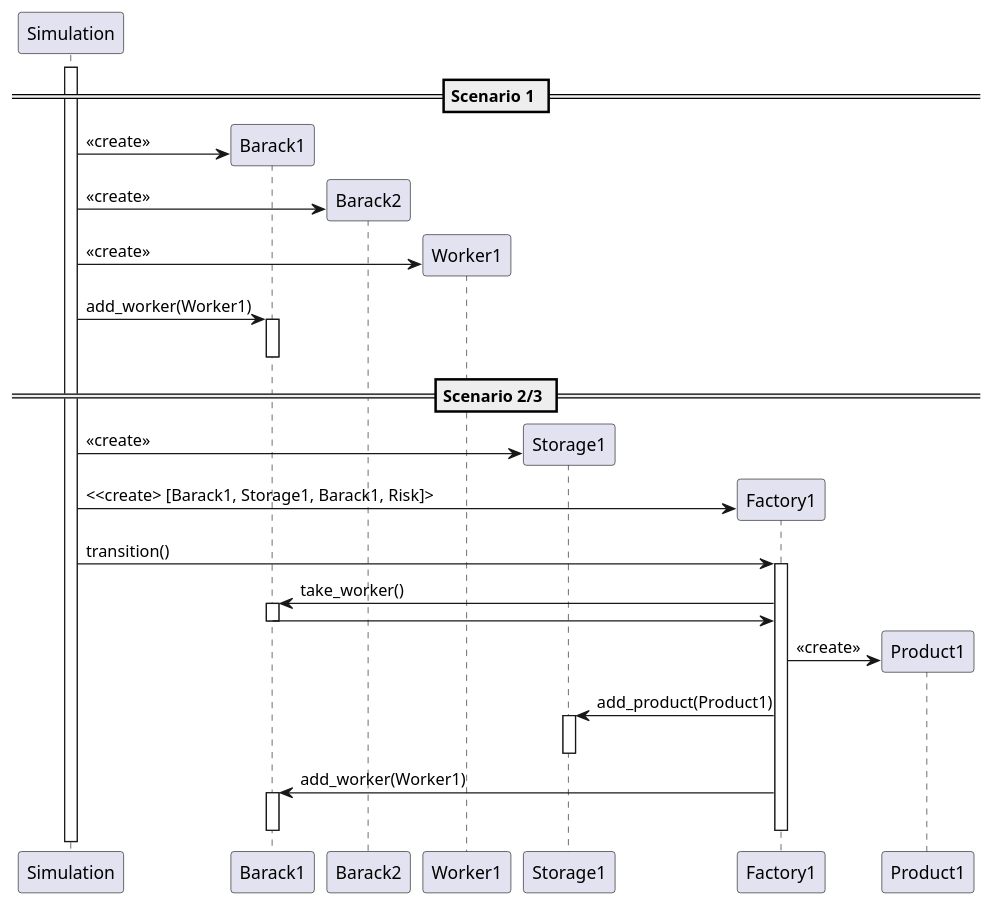
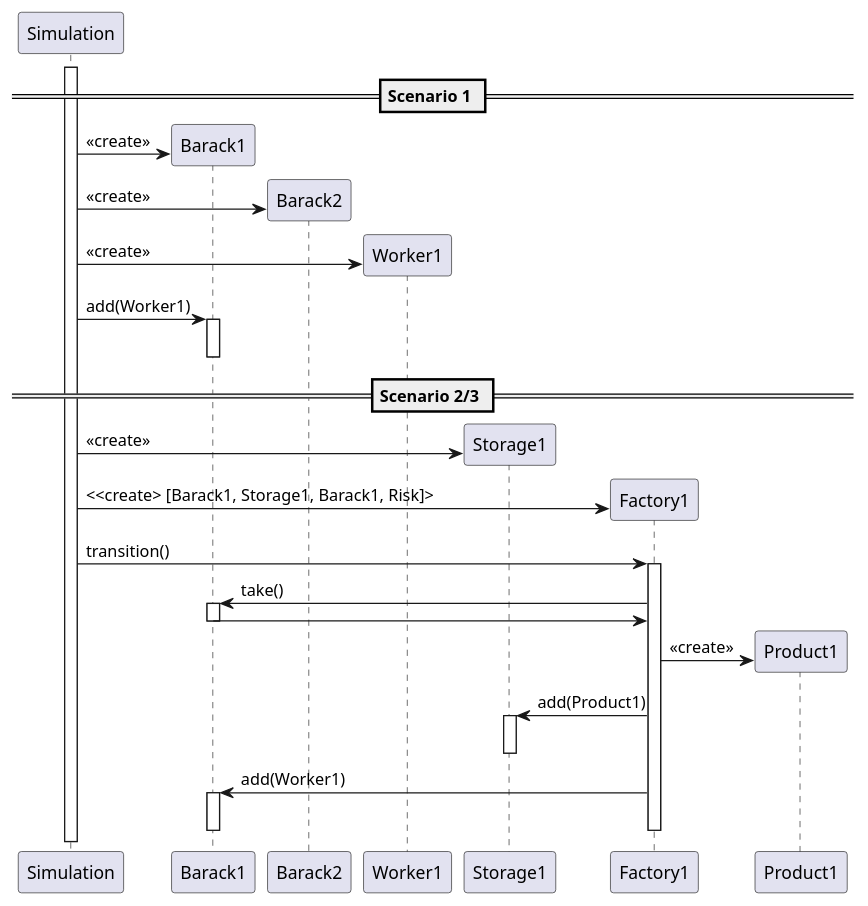
One commit to Gamingtoday093/SimSimsDesign changed the diagram in Scenarios.wsd. Above: the diagram before and after it, drawn with PlantUML. The commit also changed 1 other file, not shown here.

```diff
--- a/Scenarios.wsd
+++ b/Scenarios.wsd
@@ -1,60 +1,60 @@
 @startuml Scenarios
 
 participant Simulation
 participant Barack1 as Barack1
 participant Barack2 as Barack2
 participant Worker1 as Worker1
 
 activate Simulation
 
 == Scenario 1 ==
 
 create Barack1
 Simulation -> Barack1: <<create>>
 
 create Barack2
 Simulation -> Barack2: <<create>>
 
 create Worker1
 Simulation -> Worker1: <<create>>
 
-Simulation -> Barack1: add_worker(Worker1)
+Simulation -> Barack1: add(Worker1)
 activate Barack1
 
 deactivate Barack1
 
 == Scenario 2/3 ==
 
 participant Storage1 as Storage1
 participant Factory1 as Factory1
 participant Product1 as Product1
 
 create Storage1
 Simulation -> Storage1: <<create>>
 
 create Factory1
 Simulation -> Factory1: <<create> [Barack1, Storage1, Barack1, Risk]>
 
 Simulation -> Factory1: transition()
 activate Factory1
 
-Factory1 -> Barack1: take_worker()
+Factory1 -> Barack1: take()
 activate Barack1
 
 Barack1 -> Factory1
 deactivate Barack1
 
 create Product1
 Factory1 -> Product1: <<create>>
 
-Factory1 -> Storage1: add_product(Product1)
+Factory1 -> Storage1: add(Product1)
 activate Storage1
 deactivate Storage1
 
-Factory1 -> Barack1: add_worker(Worker1)
+Factory1 -> Barack1: add(Worker1)
 activate Barack1
 deactivate Barack1
 
 deactivate Factory1
 
 @enduml
```
